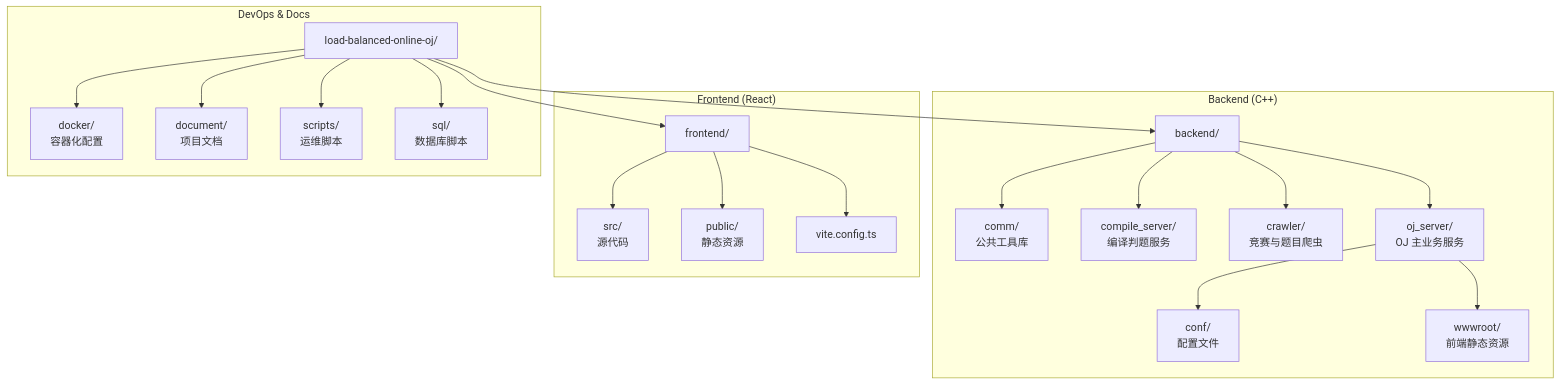
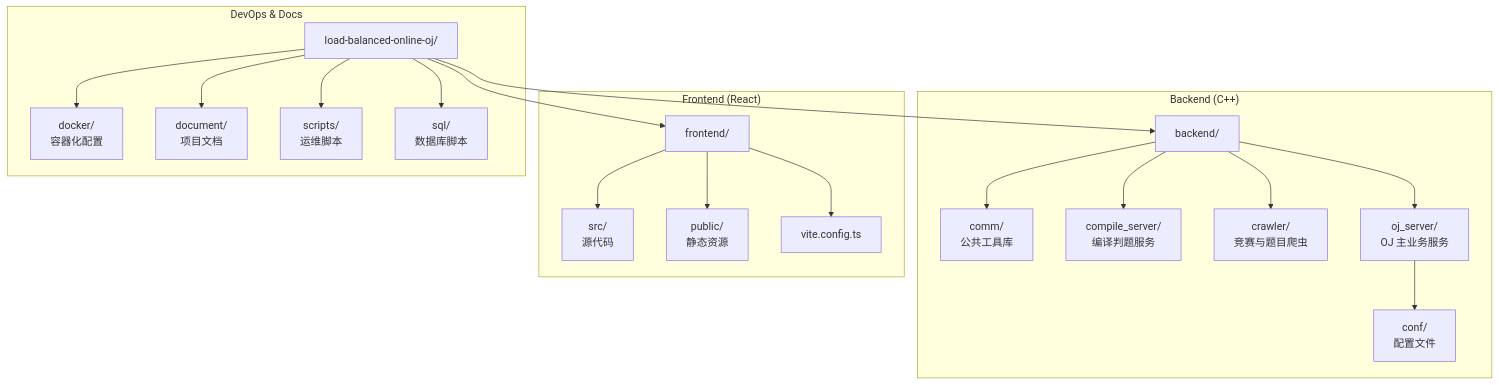
Before and after one commit to 2692341798/load-balanced-online-oj: the second of 2 diagrams in README.md, drawn with Mermaid. The commit also changed other lines of this file and 7 other files, not shown here.

````diff
--- a/README.md
+++ b/README.md
@@ -177,31 +203,30 @@
 ```mermaid
 graph TD
     Root[load-balanced-online-oj/]
     
     subgraph "Backend (C++)"
         Backend[backend/]
         Backend --> Comm[comm/ <br> 公共工具库]
         Backend --> CS[compile_server/ <br> 编译判题服务]
         Backend --> Crawler[crawler/ <br> 竞赛与题目爬虫]
         Backend --> OJ[oj_server/ <br> OJ 主业务服务]
         OJ --> Conf[conf/ <br> 配置文件]
-        OJ --> WWW[wwwroot/ <br> 前端静态资源]
     end
     
     subgraph "Frontend (React)"
         Frontend[frontend/]
         Frontend --> Src[src/ <br> 源代码]
         Frontend --> Public[public/ <br> 静态资源]
         Frontend --> Vite[vite.config.ts]
     end
     
     subgraph "DevOps & Docs"
         Root --> Docker[docker/ <br> 容器化配置]
         Root --> Docs[document/ <br> 项目文档]
         Root --> Scripts[scripts/ <br> 运维脚本]
         Root --> SQL[sql/ <br> 数据库脚本]
     end
 
     Root --> Backend
     Root --> Frontend
 ```
````
